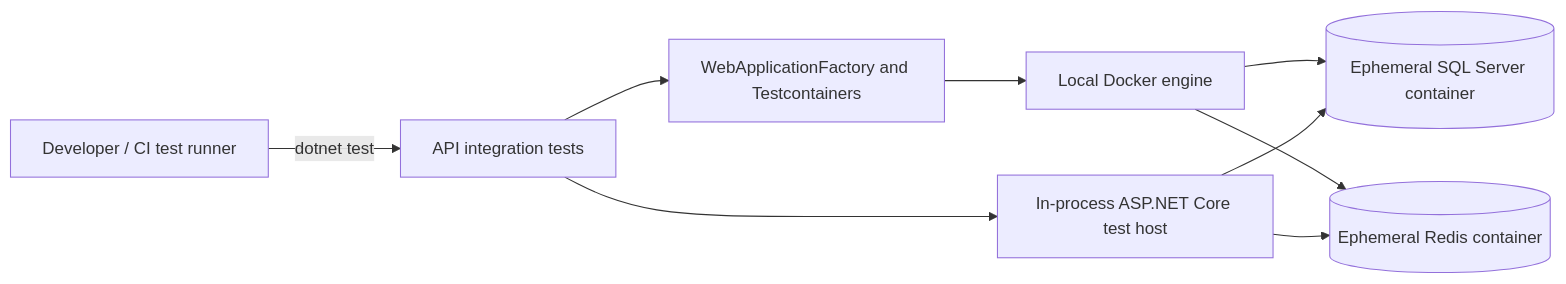
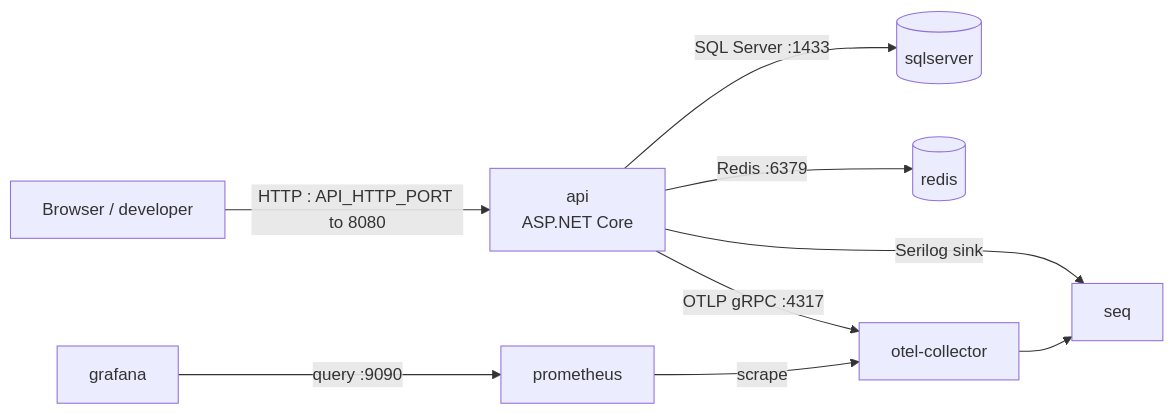
One commit to ahmedadel977/MechanicShop-V2 changed the first of 3 diagrams in docs/DOCKER.md. Above: the diagram before and after it, drawn with Mermaid. The commit also changed other lines of this file and 422 other files, not shown here.

````diff
--- a/docs/DOCKER.md
+++ b/docs/DOCKER.md
@@ -11,11 +15,11 @@
 ```mermaid
 flowchart LR
-    Dev[Developer / CI test runner] -->|dotnet test| Tests[API integration tests]
-    Tests --> Factory[WebApplicationFactory and Testcontainers]
-    Factory --> Engine[Local Docker engine]
-    Engine --> SQL[(Ephemeral SQL Server container)]
-    Engine --> Redis[(Ephemeral Redis container)]
-    Tests --> Host[In-process ASP.NET Core test host]
-    Host --> SQL
-    Host --> Redis
+    Browser[Browser / developer] -->|HTTP : API_HTTP_PORT to 8080| API[api\nASP.NET Core]
+    API -->|SQL Server :1433| SQL[(sqlserver)]
+    API -->|Redis :6379| Redis[(redis)]
+    API -->|OTLP gRPC :4317| OTel[otel-collector]
+    API -->|Serilog sink| Seq[seq]
+    OTel --> Seq
+    Prometheus[prometheus] -->|scrape| OTel
+    Grafana[grafana] -->|query :9090| Prometheus
 ```
````
